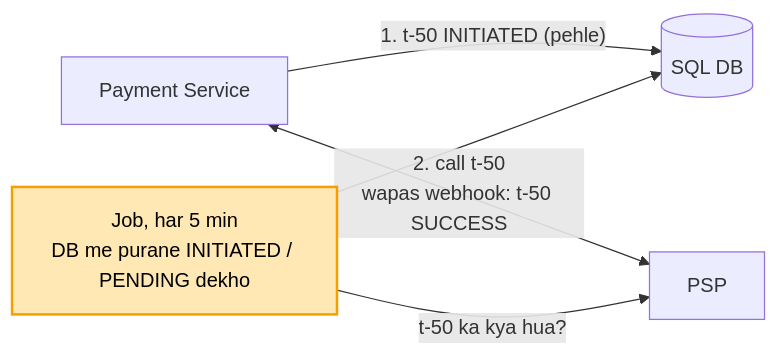
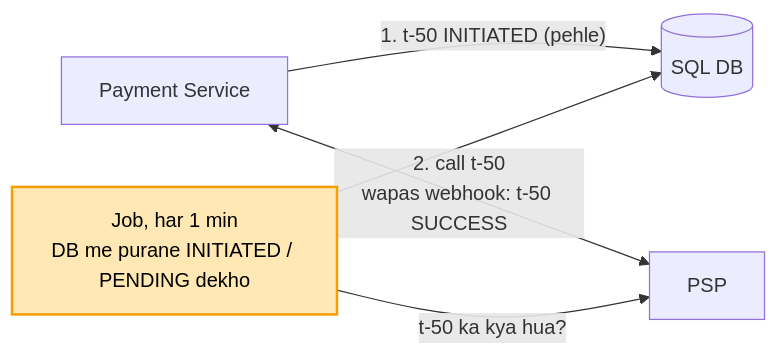
Before and after one commit to ArpanMaheshwari144/Prep: the third of 6 diagrams in 04_HLD/SYSTEM_DESIGNS/06_payment_system/06_payment_system.md, drawn with Mermaid. The commit also changed other lines of this file, not shown here.

Commit message:
payment kadam 4: job har 1 min, 2 min purane uthaye (2-3 min ka wada nibhe)

````diff
--- a/04_HLD/SYSTEM_DESIGNS/06_payment_system/06_payment_system.md
+++ b/04_HLD/SYSTEM_DESIGNS/06_payment_system/06_payment_system.md
@@ -174,8 +185,8 @@
 ```mermaid
 flowchart LR
     S["Payment Service"] -- "1. t-50 INITIATED (pehle)" --> D[("SQL DB")]
     S <-->|"2. call t-50<br/>wapas webhook: t-50 SUCCESS"| P["PSP"]
-    J["Job, har 5 min<br/>DB me purane INITIATED / PENDING dekho"] --> D
+    J["Job, har 1 min<br/>DB me purane INITIATED / PENDING dekho"] --> D
     J -- "t-50 ka kya hua?" --> P
     style J fill:#ffe8b3,stroke:#f59f00,stroke-width:2px,color:#000
 ```
````
